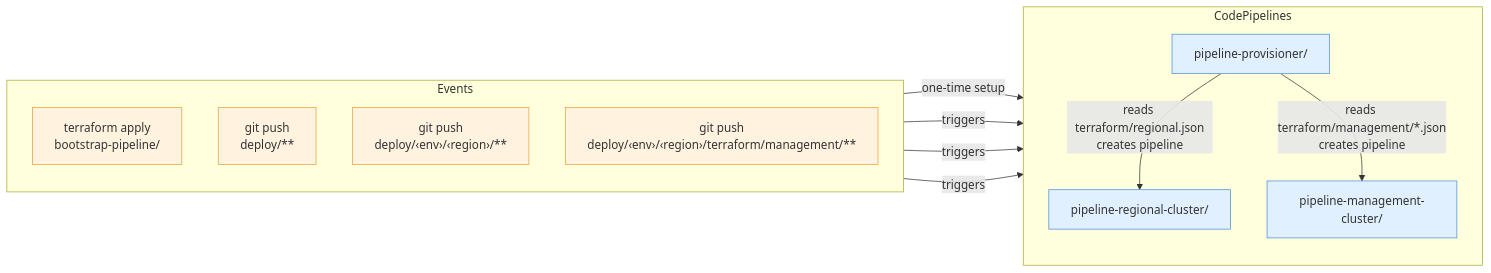
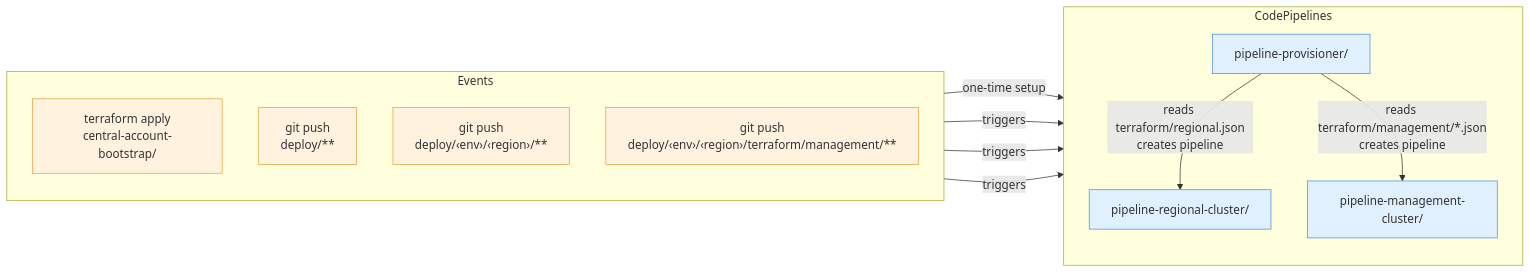
Before and after one commit to cdoan1/rosa-regional-platform: the second of 6 diagrams in docs/design/pipeline-based-lifecycle.md, drawn with Mermaid. The commit also changed other lines of this file and 15 other files, not shown here.

````diff
--- a/docs/design/pipeline-based-lifecycle.md
+++ b/docs/design/pipeline-based-lifecycle.md
@@ -56,32 +56,32 @@
 ```mermaid
 flowchart LR
     subgraph events ["Events"]
         direction TB
-        TF["terraform apply<br/>bootstrap-pipeline/"]
+        TF["terraform apply<br/>central-account-bootstrap/"]
         G1["git push<br/>deploy/**"]
         G2["git push<br/>deploy/‹env›/‹region›/**"]
         G3["git push<br/>deploy/‹env›/‹region›/terraform/management/**"]
     end
 
     subgraph pipelines ["CodePipelines"]
         direction TB
         PP["pipeline-provisioner/"]
         RC_PIPE["pipeline-regional-cluster/"]
         MC_PIPE["pipeline-management-cluster/"]
     end
 
     TF -->|one-time setup| PP
     G1 -->|triggers| PP
     PP -->|"reads terraform/regional.json<br/>creates pipeline"| RC_PIPE
     PP -->|"reads terraform/management/*.json<br/>creates pipeline"| MC_PIPE
     G2 -->|triggers| RC_PIPE
     G3 -->|triggers| MC_PIPE
 
     style TF fill:#fff3e0,stroke:#e6a23c
     style G1 fill:#fff3e0,stroke:#e6a23c
     style G2 fill:#fff3e0,stroke:#e6a23c
     style G3 fill:#fff3e0,stroke:#e6a23c
     style PP fill:#e0f0ff,stroke:#4a90d9
     style RC_PIPE fill:#e0f0ff,stroke:#4a90d9
     style MC_PIPE fill:#e0f0ff,stroke:#4a90d9
 ```
````
